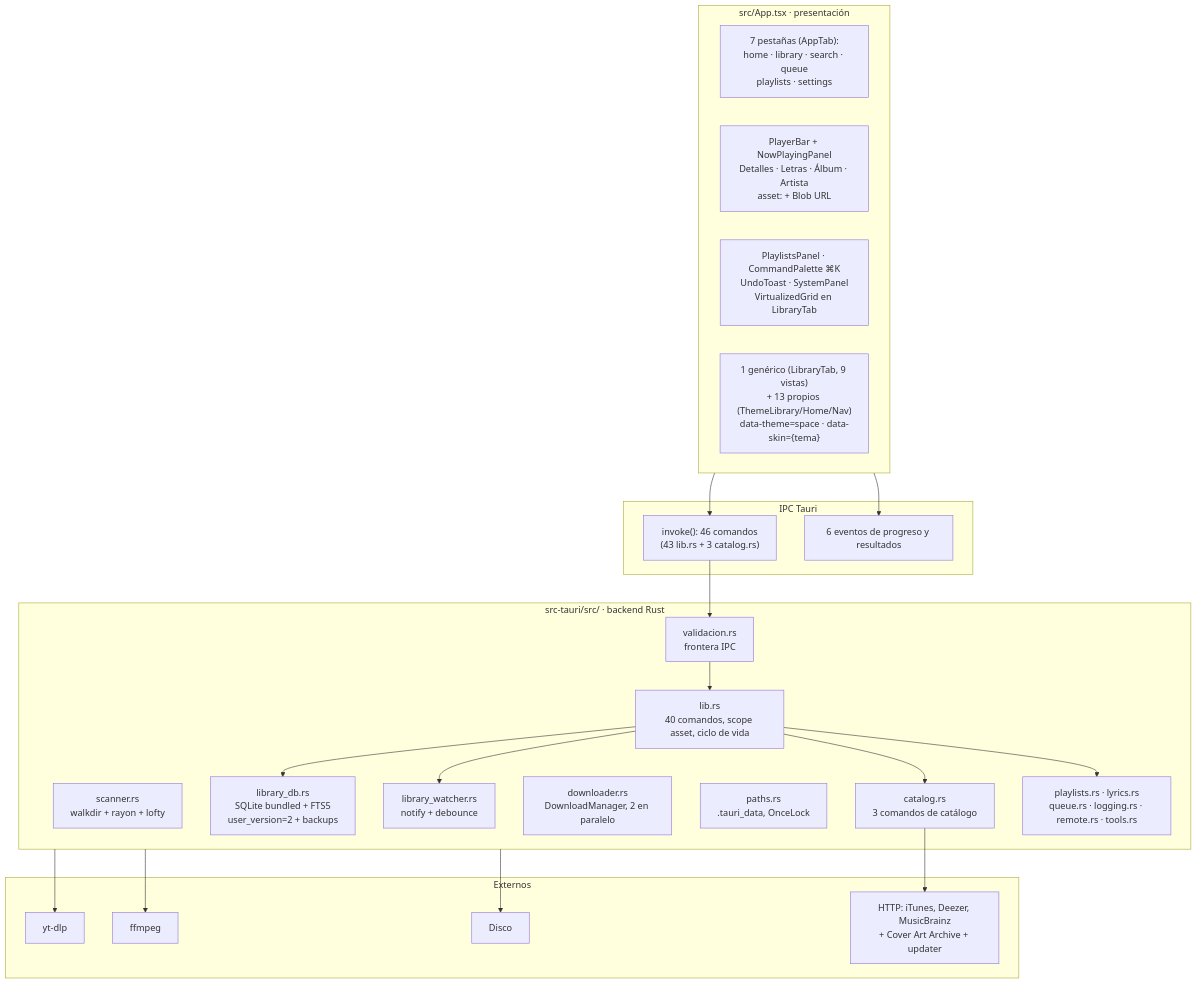
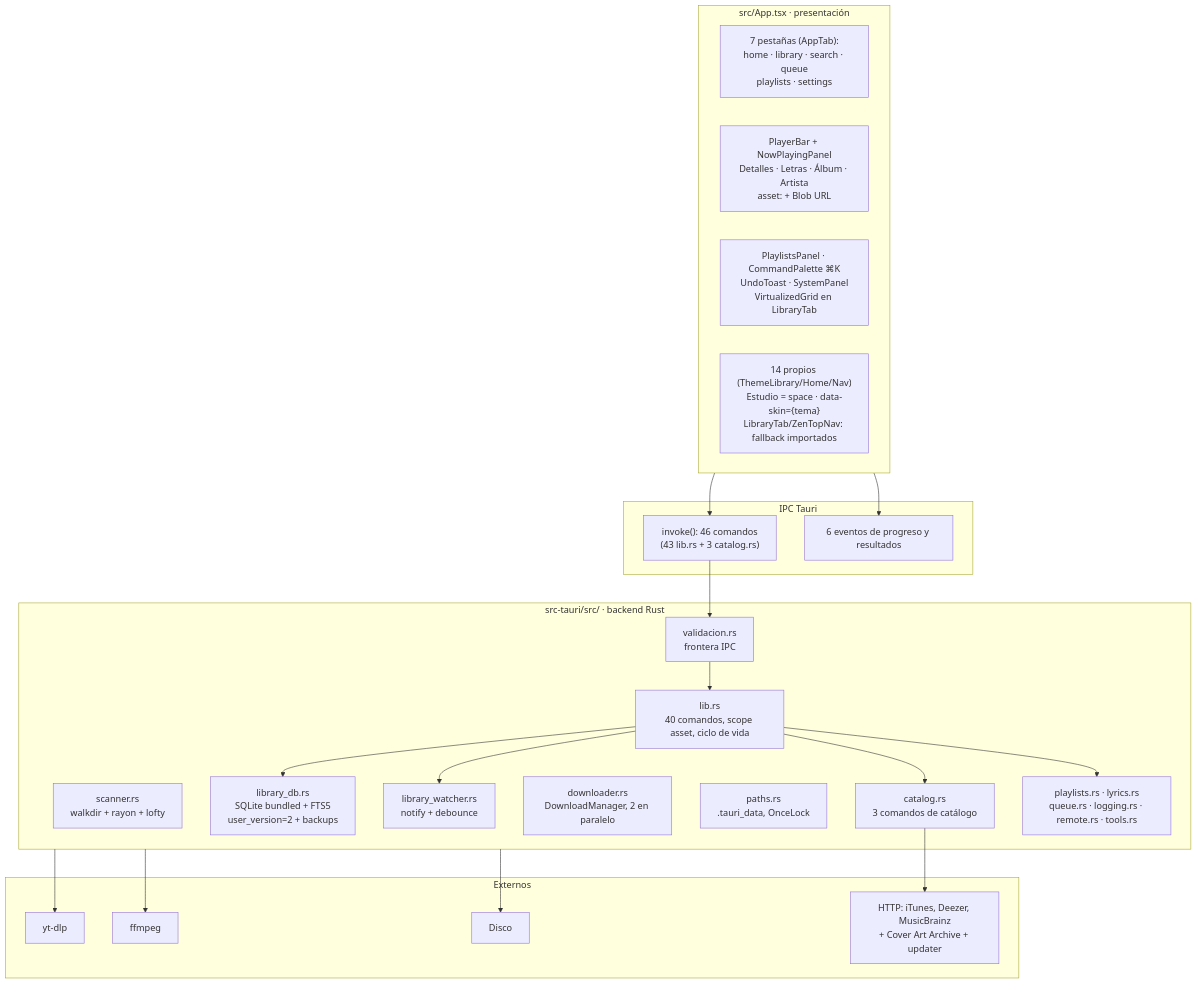
One commit to YordanoCS1/sakura-music changed the second of 5 diagrams in docs/arquitectura.md. Above: the diagram before and after it, drawn with Mermaid. The commit also changed other lines of this file and 38 other files, not shown here.

Commit message:
feat: redisenar M3 Zen como Estudio, tema propio de consola de mezcla

````diff
--- a/docs/arquitectura.md
+++ b/docs/arquitectura.md
@@ -28,46 +28,46 @@
 ```mermaid
 flowchart TB
     subgraph UI["src/App.tsx · presentación"]
         TABS["7 pestañas (AppTab):<br/>home · library · search · queue<br/>playlists · settings"]
         PLAYER["PlayerBar + NowPlayingPanel<br/>Detalles · Letras · Álbum · Artista<br/>asset: + Blob URL"]
         PANEL["PlaylistsPanel · CommandPalette ⌘K<br/>UndoToast · SystemPanel<br/>VirtualizedGrid en LibraryTab"]
-        THEME["1 genérico (LibraryTab, 9 vistas)<br/>+ 13 propios (ThemeLibrary/Home/Nav)<br/>data-theme=space · data-skin={tema}"]
+        THEME["14 propios (ThemeLibrary/Home/Nav)<br/>Estudio = space · data-skin={tema}<br/>LibraryTab/ZenTopNav: fallback importados"]
     end
 
     subgraph IPC["IPC Tauri"]
         CMD["invoke(): 46 comandos<br/>(43 lib.rs + 3 catalog.rs)"]
         EVT["6 eventos de progreso y resultados"]
     end
 
     subgraph CORE["src-tauri/src/ · backend Rust"]
         SCAN["scanner.rs<br/>walkdir + rayon + lofty"]
         DB["library_db.rs<br/>SQLite bundled + FTS5<br/>user_version=2 + backups"]
         WATCH["library_watcher.rs<br/>notify + debounce"]
         DL["downloader.rs<br/>DownloadManager, 2 en paralelo"]
         PATH["paths.rs<br/>.tauri_data, OnceLock"]
         LIB["lib.rs<br/>40 comandos, scope asset, ciclo de vida"]
         CATALOG["catalog.rs<br/>3 comandos de catálogo"]
         VAL["validacion.rs<br/>frontera IPC"]
         PL["playlists.rs · lyrics.rs<br/>queue.rs · logging.rs · remote.rs · tools.rs"]
     end
 
     subgraph EXT["Externos"]
         YTDLP["yt-dlp"]
         FFMPEG["ffmpeg"]
         NET["HTTP: iTunes, Deezer, MusicBrainz<br/>+ Cover Art Archive + updater"]
         DISK["Disco"]
     end
 
     UI --> CMD
     UI --> EVT
     CMD --> VAL
     VAL --> LIB
     LIB --> DB
     LIB --> WATCH
     LIB --> CATALOG
     LIB --> PL
     CORE --> YTDLP
     CORE --> FFMPEG
     CATALOG --> NET
     CORE --> DISK
 ```
````
